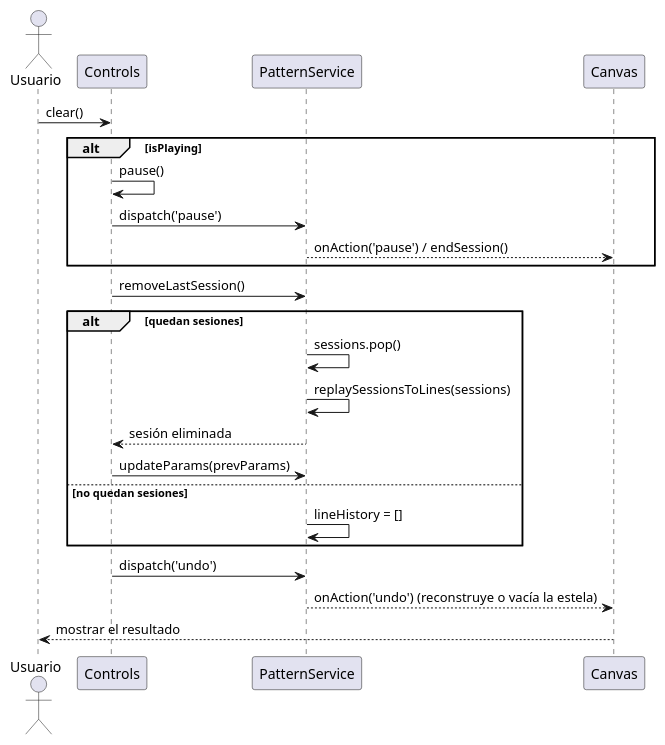
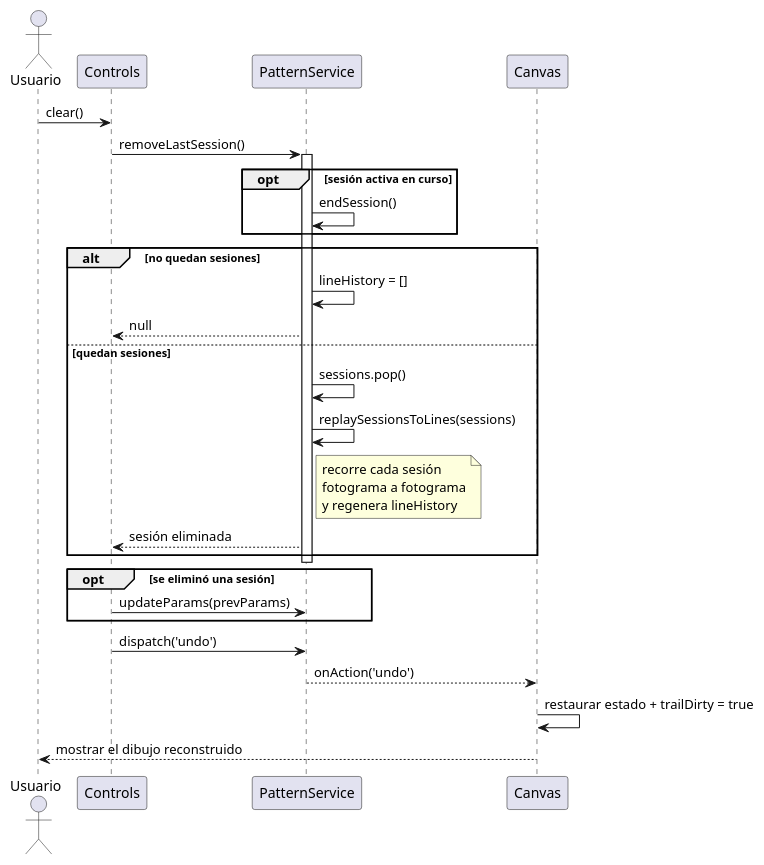
Before and after one commit to IgnacioMol/Epicycloid_generator: the second of 4 diagrams in claude/memoria-cap5-diseno.md, drawn with PlantUML. The commit also changed other lines of this file and 4 other files, not shown here.

````diff
--- a/claude/memoria-cap5-diseno.md
+++ b/claude/memoria-cap5-diseno.md
@@ -132,31 +148,35 @@
 ```plantuml
-@startuml SecDeshacerSesion
+@startuml SecFuncRemoveLastSession
 actor Usuario
 participant "Controls" as C
 participant "PatternService" as PS
 participant "Canvas" as CV
 
 Usuario -> C : clear()
+C -> PS : removeLastSession()
+activate PS
 
-alt isPlaying
-  C -> C : pause()
-  C -> PS : dispatch('pause')
-  PS --> CV : onAction('pause') / endSession()
+opt sesión activa en curso
+  PS -> PS : endSession()
 end
 
-C -> PS : removeLastSession()
-
-alt quedan sesiones
+alt no quedan sesiones
+  PS -> PS : lineHistory = []
+  PS --> C : null
+else quedan sesiones
   PS -> PS : sessions.pop()
   PS -> PS : replaySessionsToLines(sessions)
+  note right of PS : recorre cada sesión\nfotograma a fotograma\ny regenera lineHistory
   PS --> C : sesión eliminada
+end
+deactivate PS
+
+opt se eliminó una sesión
   C -> PS : updateParams(prevParams)
-else no quedan sesiones
-  PS -> PS : lineHistory = []
 end
-
 C -> PS : dispatch('undo')
-PS --> CV : onAction('undo') (reconstruye o vacía la estela)
-CV --> Usuario : mostrar el resultado
+PS --> CV : onAction('undo')
+CV -> CV : restaurar estado + trailDirty = true
+CV --> Usuario : mostrar el dibujo reconstruido
 @enduml
 ```
````
